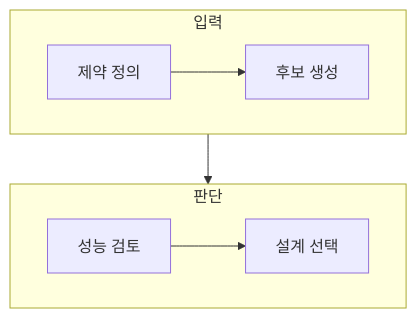
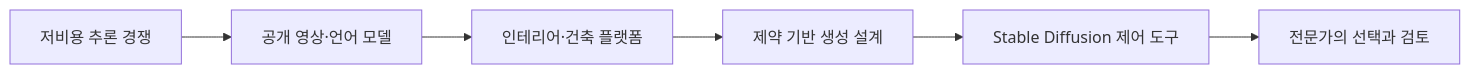
The first of 2 diagrams in ComputerScience/03_ai-ml-data/generative-ai-fine-tuning/notes/26. 디자인 탐색과 제어.md (umyunsang/edu), drawn with Mermaid before and after one commit. The commit also changed other lines of this file and 1 other file, not shown here.

````diff
--- a/ComputerScience/03_ai-ml-data/generative-ai-fine-tuning/notes/26. 디자인 탐색과 제어.md
+++ b/ComputerScience/03_ai-ml-data/generative-ai-fine-tuning/notes/26. 디자인 탐색과 제어.md
@@ -24,12 +24,8 @@
 ```mermaid
-flowchart TB
-    subgraph Input[입력]
-        direction LR
-        A[제약 정의] --> B[후보 생성]
-    end
-    subgraph Decision[판단]
-        direction LR
-        C[성능 검토] --> D[설계 선택]
-    end
-    B --> C
+flowchart LR
+    A["저비용 추론 경쟁"] --> B["공개 영상·언어 모델"]
+    B --> C["인테리어·건축 플랫폼"]
+    C --> D["제약 기반 생성 설계"]
+    D --> E["Stable Diffusion 제어 도구"]
+    E --> F["전문가의 선택과 검토"]
 ```
````
